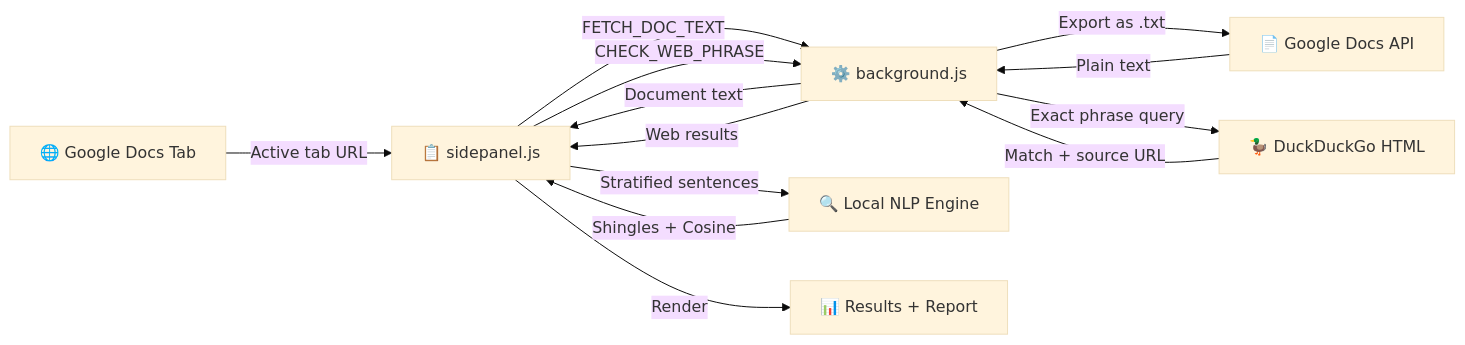
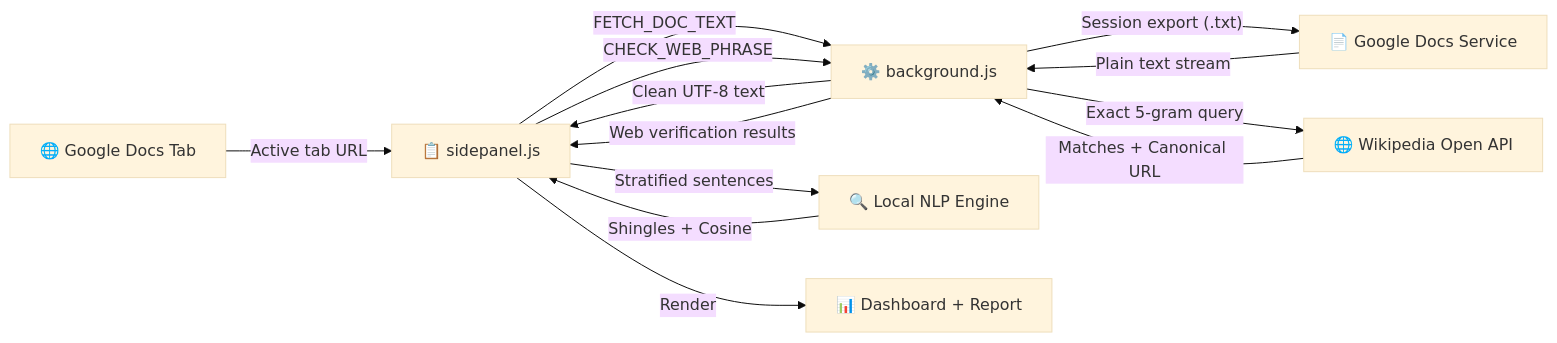
Before and after one commit to Beto18v/DocGuard: the diagram in README.md, drawn with Mermaid (base theme). The commit also changed other lines of this file and 6 other files, not shown here.

````diff
--- a/README.md
+++ b/README.md
@@ -38,15 +64,15 @@
 ```mermaid
 flowchart LR
     A["🌐 Google Docs Tab"] -->|"Active tab URL"| B["📋 sidepanel.js"]
     B -->|"FETCH_DOC_TEXT"| C["⚙️ background.js"]
-    C -->|"Export as .txt"| D["📄 Google Docs API"]
-    D -->|"Plain text"| C
-    C -->|"Document text"| B
+    C -->|"Session export (.txt)"| D["📄 Google Docs Service"]
+    D -->|"Plain text stream"| C
+    C -->|"Clean UTF-8 text"| B
     B -->|"Stratified sentences"| E["🔍 Local NLP Engine"]
     E -->|"Shingles + Cosine"| B
     B -->|"CHECK_WEB_PHRASE"| C
-    C -->|"Exact phrase query"| F["🦆 DuckDuckGo HTML"]
-    F -->|"Match + source URL"| C
-    C -->|"Web results"| B
-    B -->|"Render"| G["📊 Results + Report"]
+    C -->|"Exact 5-gram query"| F["🌐 Wikipedia Open API"]
+    F -->|"Matches + Canonical URL"| C
+    C -->|"Web verification results"| B
+    B -->|"Render"| G["📊 Dashboard + Report"]
 ```
````
